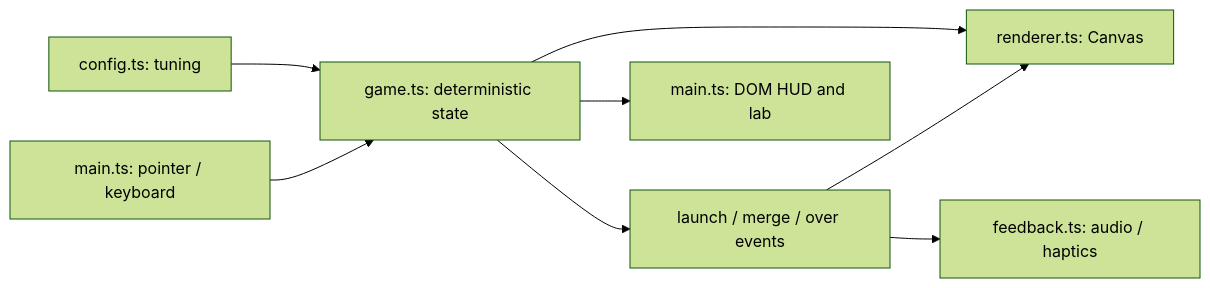
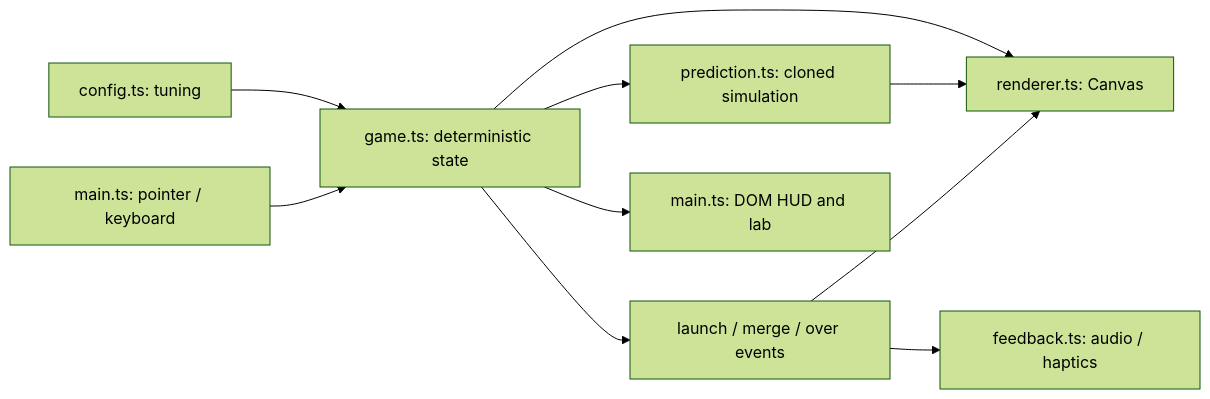
The diagram in README.md (michael-baker-us/orbit), drawn with Mermaid (forest theme) before and after one commit. The commit also changed other lines of this file and 7 other files, not shown here.

````diff
--- a/README.md
+++ b/README.md
@@ -47,10 +75,12 @@
 ```mermaid
 flowchart LR
   Config[config.ts: tuning] --> Game[game.ts: deterministic state]
   Input[main.ts: pointer / keyboard] --> Game
   Game --> Events[launch / merge / over events]
   Game --> Renderer[renderer.ts: Canvas]
+  Game --> Forecast[prediction.ts: cloned simulation]
+  Forecast --> Renderer
   Events --> Renderer
   Events --> Feedback[feedback.ts: audio / haptics]
   Game --> HUD[main.ts: DOM HUD and lab]
 ```
````
